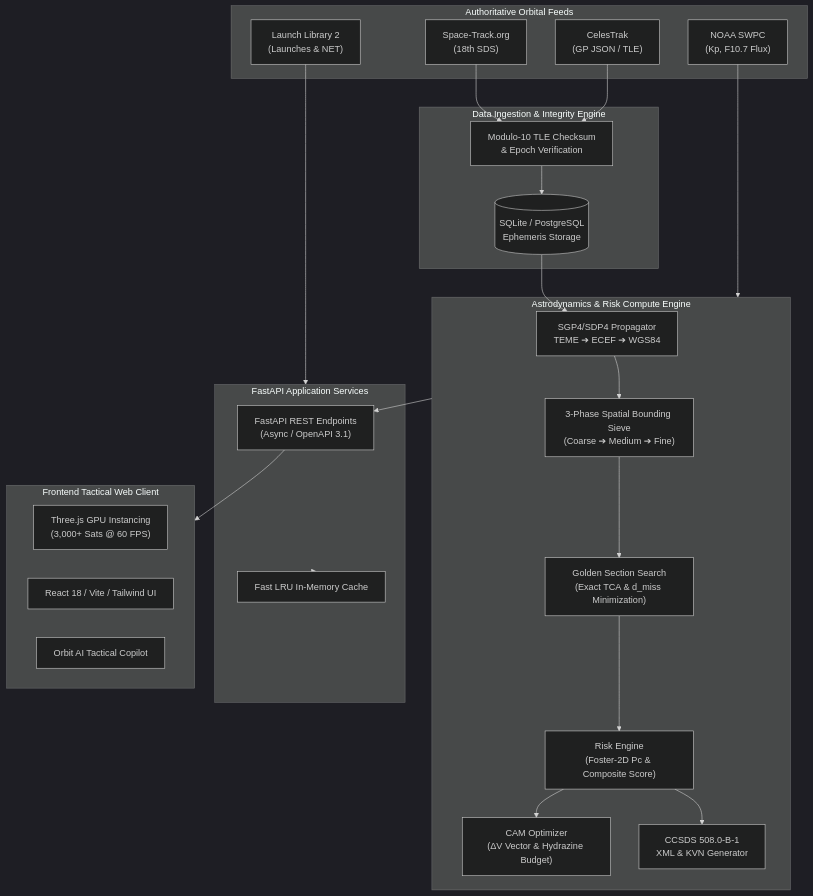
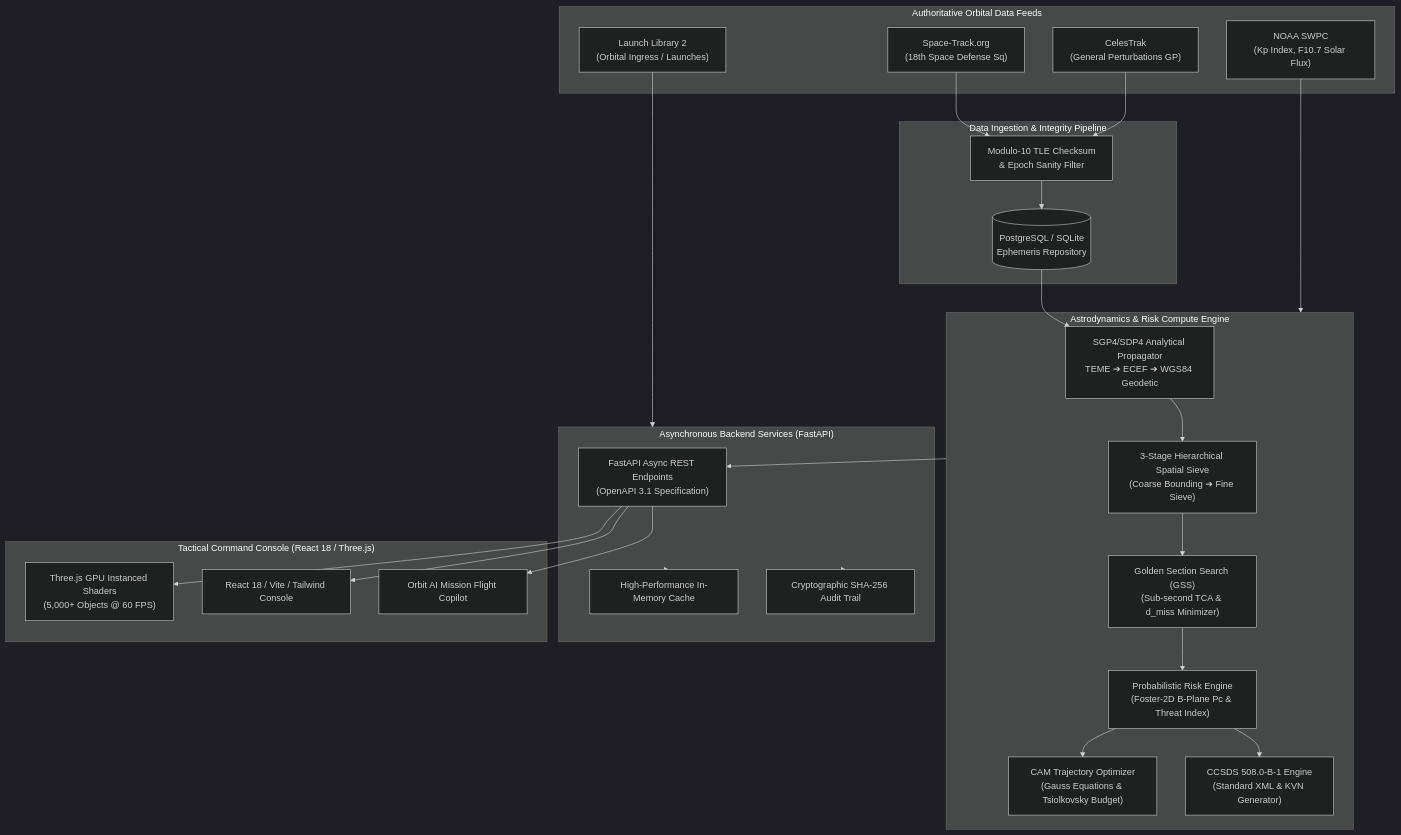
One commit to codewith-kundan/ORBITGUARD changed the diagram in README.md. Above: the diagram before and after it, drawn with Mermaid (dark theme). The commit also changed other lines of this file and 4 other files, not shown here.

````diff
--- a/README.md
+++ b/README.md
@@ -87,49 +93,53 @@
 ```mermaid
 flowchart TD
-    subgraph External_Data_Sources["Authoritative Orbital Feeds"]
-        ST["Space-Track.org\n(18th SDS)"]
-        CT["CelesTrak\n(GP JSON / TLE)"]
-        NOAA["NOAA SWPC\n(Kp, F10.7 Flux)"]
-        LL2["Launch Library 2\n(Launches & NET)"]
+    subgraph External_Feeds["Authoritative Orbital Data Feeds"]
+        ST["Space-Track.org\n(18th Space Defense Sq)"]
+        CT["CelesTrak\n(General Perturbations GP)"]
+        NOAA["NOAA SWPC\n(Kp Index, F10.7 Solar Flux)"]
+        LL2["Launch Library 2\n(Orbital Ingress / Launches)"]
     end
 
-    subgraph Ingestion_Layer["Data Ingestion & Integrity Engine"]
-        Checksum["Modulo-10 TLE Checksum\n& Epoch Verification"]
-        DBCache[("SQLite / PostgreSQL\nEphemeris Storage")]
+    subgraph Ingestion_Layer["Data Ingestion & Integrity Pipeline"]
+        Checksum["Modulo-10 TLE Checksum\n& Epoch Sanity Filter"]
+        DBStore[("PostgreSQL / SQLite\nEphemeris Repository")]
     end
 
     subgraph Compute_Core["Astrodynamics & Risk Compute Engine"]
-        SGP4["SGP4/SDP4 Propagator\nTEME ➔ ECEF ➔ WGS84"]
-        Sieve["3-Phase Spatial Bounding Sieve\n(Coarse ➔ Medium ➔ Fine)"]
-        GSS["Golden Section Search\n(Exact TCA & d_miss Minimization)"]
-        RiskEng["Risk Engine\n(Foster-2D Pc & Composite Score)"]
-        CAM["CAM Optimizer\n(ΔV Vector & Hydrazine Budget)"]
-        CDM["CCSDS 508.0-B-1\nXML & KVN Generator"]
+        SGP4["SGP4/SDP4 Analytical Propagator\nTEME ➔ ECEF ➔ WGS84 Geodetic"]
+        Sieve["3-Stage Hierarchical Spatial Sieve\n(Coarse Bounding ➔ Fine Sieve)"]
+        GSS["Golden Section Search (GSS)\n(Sub-second TCA & d_miss Minimizer)"]
+        RiskEng["Probabilistic Risk Engine\n(Foster-2D B-Plane Pc & Threat Index)"]
+        CAM["CAM Trajectory Optimizer\n(Gauss Equations & Tsiolkovsky Budget)"]
+        CDM["CCSDS 508.0-B-1 Engine\n(Standard XML & KVN Generator)"]
     end
 
-    subgraph Service_Layer["FastAPI Application Services"]
-        REST["FastAPI REST Endpoints\n(Async / OpenAPI 3.1)"]
-        Cache["Fast LRU In-Memory Cache"]
+    subgraph Service_Layer["Asynchronous Backend Services (FastAPI)"]
+        REST["FastAPI Async REST Endpoints\n(OpenAPI 3.1 Specification)"]
+        Cache["High-Performance In-Memory Cache"]
+        Audit["Cryptographic SHA-256 Audit Trail"]
     end
 
-    subgraph Client_Layer["Frontend Tactical Web Client"]
-        ThreeJS["Three.js GPU Instancing\n(3,000+ Sats @ 60 FPS)"]
-        React["React 18 / Vite / Tailwind UI"]
-        OrbitAI["Orbit AI Tactical Copilot"]
+    subgraph Presentation_Layer["Tactical Command Console (React 18 / Three.js)"]
+        WebGL["Three.js GPU Instanced Shaders\n(5,000+ Objects @ 60 FPS)"]
+        UI["React 18 / Vite / Tailwind Console"]
+        Copilot["Orbit AI Mission Flight Copilot"]
     end
 
     ST --> Checksum
     CT --> Checksum
     NOAA --> Compute_Core
     LL2 --> Service_Layer
-    Checksum --> DBCache
-    DBCache --> SGP4
+    Checksum --> DBStore
+    DBStore --> SGP4
     SGP4 --> Sieve
     Sieve --> GSS
     GSS --> RiskEng
     RiskEng --> CAM
     RiskEng --> CDM
     Compute_Core --> REST
     Service_Layer --> Cache
-    REST --> Client_Layer
+    REST --> WebGL
+    REST --> UI
+    REST --> Copilot
+    Service_Layer --> Audit
 ```
````
